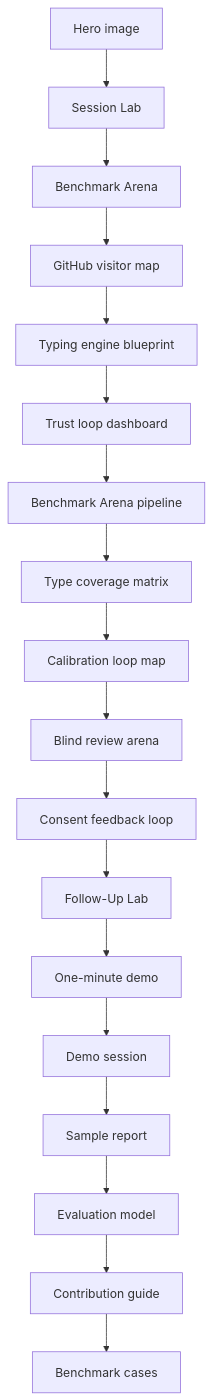
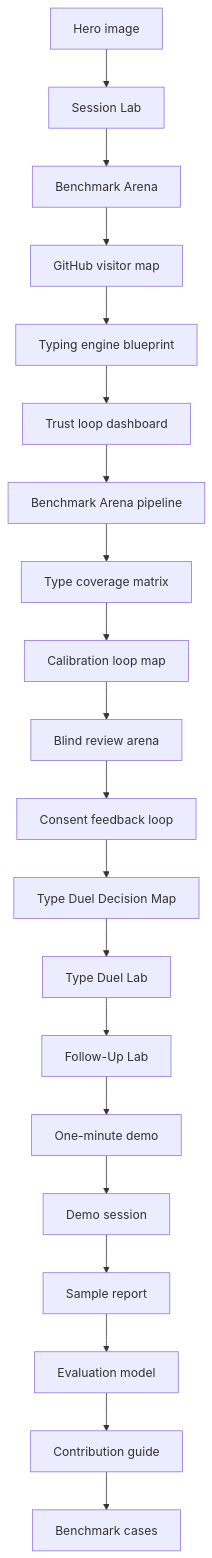
Before and after one commit to Zaoqu-Liu/mbti-typing-skill: the diagram in docs/visual-tour.md, drawn with Mermaid. The commit also changed other lines of this file and 20 other files, not shown here.

Commit message:
Add type duel lab

````diff
--- a/docs/visual-tour.md
+++ b/docs/visual-tour.md
@@ -195,20 +220,22 @@
 ```mermaid
 flowchart TD
     A[Hero image] --> B[Session Lab]
     B --> C[Benchmark Arena]
     C --> D[GitHub visitor map]
     D --> E[Typing engine blueprint]
     E --> F[Trust loop dashboard]
     F --> G[Benchmark Arena pipeline]
     G --> H[Type coverage matrix]
     H --> I[Calibration loop map]
     I --> J[Blind review arena]
     J --> K[Consent feedback loop]
-    K --> L[Follow-Up Lab]
-    L --> M[One-minute demo]
-    M --> N[Demo session]
-    N --> O[Sample report]
-    O --> P[Evaluation model]
-    P --> Q[Contribution guide]
-    Q --> R[Benchmark cases]
+    K --> L[Type Duel Decision Map]
+    L --> M[Type Duel Lab]
+    M --> N[Follow-Up Lab]
+    N --> O[One-minute demo]
+    O --> P[Demo session]
+    P --> Q[Sample report]
+    Q --> R[Evaluation model]
+    R --> S[Contribution guide]
+    S --> T[Benchmark cases]
 ```
````
